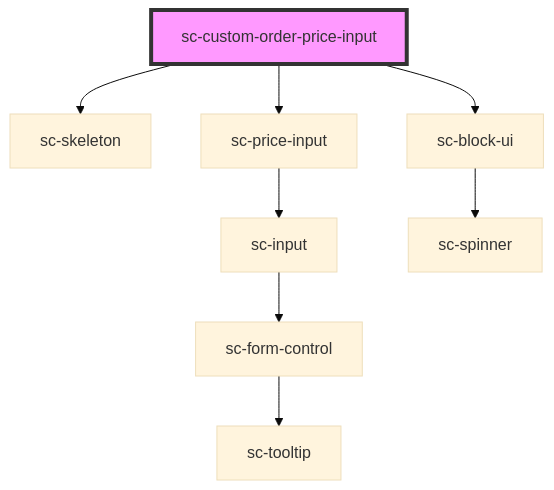
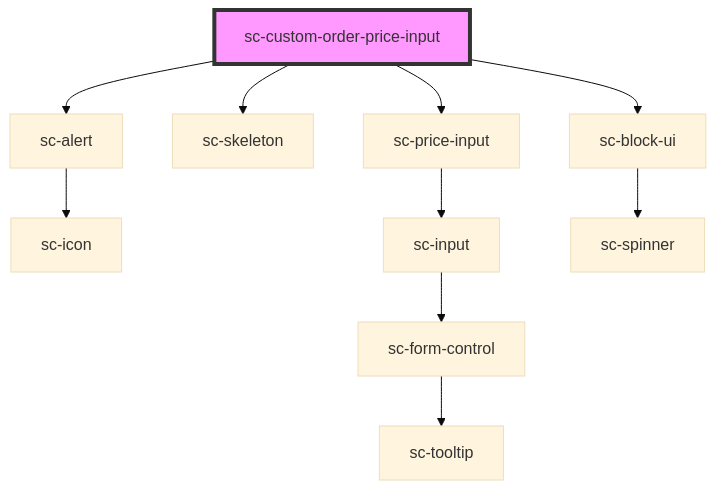
Before and after one commit to surecart/surecart-wp-plugin: the diagram in packages/components/src/components/controllers/checkout-form/custom-order-price-input/readme.md, drawn with Mermaid (base theme). The commit also changed other lines of this file and 3 other files, not shown here.

````diff
--- a/packages/components/src/components/controllers/checkout-form/custom-order-price-input/readme.md
+++ b/packages/components/src/components/controllers/checkout-form/custom-order-price-input/readme.md
@@ -40,11 +41,13 @@
 ```mermaid
 graph TD;
+  sc-custom-order-price-input --> sc-alert
   sc-custom-order-price-input --> sc-skeleton
   sc-custom-order-price-input --> sc-price-input
   sc-custom-order-price-input --> sc-block-ui
+  sc-alert --> sc-icon
   sc-price-input --> sc-input
   sc-input --> sc-form-control
   sc-form-control --> sc-tooltip
   sc-block-ui --> sc-spinner
   style sc-custom-order-price-input fill:#f9f,stroke:#333,stroke-width:4px
 ```
````
